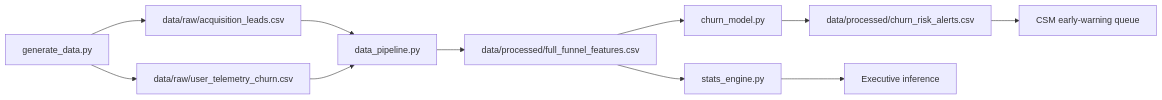
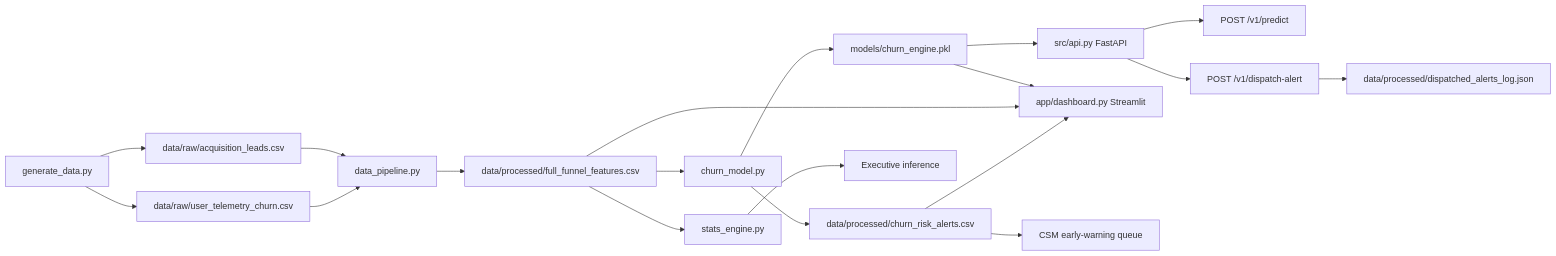
Before and after one commit to kirshanharivelmwork/rev-lifecycle-engine: the first of 2 diagrams in README.md, drawn with Mermaid. The commit also changed other lines of this file and 10 other files, not shown here.

Commit message:
feat: complete enterprise revenue retention engine with streamlit UI & fastapi dispatcher

````diff
--- a/README.md
+++ b/README.md
@@ -28,13 +28,21 @@
 ```mermaid
 flowchart LR
     A[generate_data.py] --> B[data/raw/acquisition_leads.csv]
     A --> C[data/raw/user_telemetry_churn.csv]
     B --> D[data_pipeline.py]
     C --> D
     D --> E[data/processed/full_funnel_features.csv]
     E --> F[stats_engine.py]
     E --> G[churn_model.py]
     G --> H[data/processed/churn_risk_alerts.csv]
+    G --> K[models/churn_engine.pkl]
+    K --> L[src/api.py FastAPI]
+    K --> M[app/dashboard.py Streamlit]
+    E --> M
+    H --> M
+    L --> N[POST /v1/predict]
+    L --> O[POST /v1/dispatch-alert]
+    O --> P[data/processed/dispatched_alerts_log.json]
     F --> I[Executive inference]
     H --> J[CSM early-warning queue]
 ```
````
